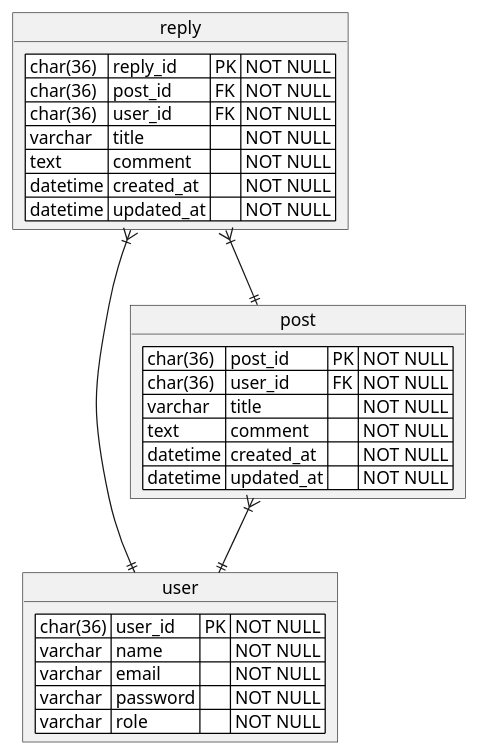
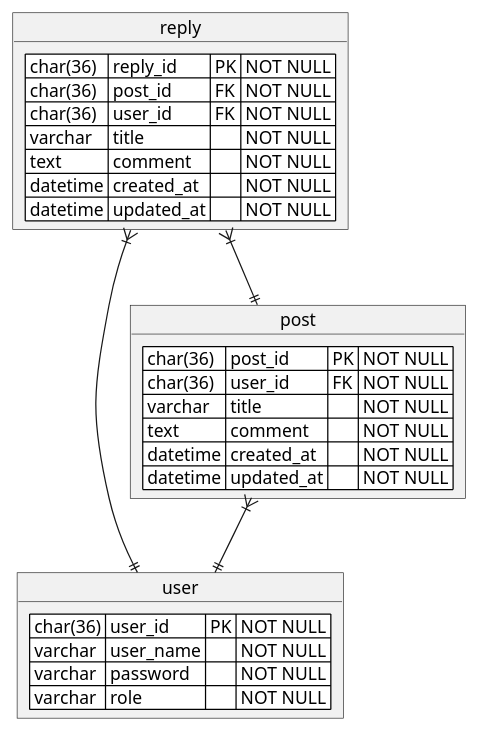
The diagram in database/erd.puml (vol4-Team22/Docs), drawn with PlantUML before and after one commit. The commit also changed 2 other files, not shown here.

```diff
--- a/database/erd.puml
+++ b/database/erd.puml
@@ -1,36 +1,35 @@
 @startuml
 
 object user {
 <#white>| char(36) | user_id | PK | NOT NULL |
-<#white>| varchar | name | | NOT NULL |
-<#white>| varchar | email |  | NOT NULL |
+<#white>| varchar | user_name | | NOT NULL |
 <#white>| varchar | password |  | NOT NULL |
 <#white>| varchar | role |  | NOT NULL |
 }
 
 object post {
 <#white>| char(36) | post_id | PK | NOT NULL |
 <#white>| char(36) | user_id | FK | NOT NULL |
 <#white>| varchar | title |  | NOT NULL |
 <#white>| text | comment |  | NOT NULL |
 <#white>| datetime | created_at |  | NOT NULL |
 <#white>| datetime | updated_at |  | NOT NULL |
 }
 
 object reply {
 <#white>| char(36) | reply_id | PK | NOT NULL |
 <#white>| char(36) | post_id | FK | NOT NULL |
 <#white>| char(36) | user_id | FK | NOT NULL |
 <#white>| varchar | title |  | NOT NULL |
 <#white>| text | comment |  | NOT NULL |
 <#white>| datetime | created_at |  | NOT NULL |
 <#white>| datetime | updated_at |  | NOT NULL |
 }
 
 post }|--|| user
 reply }|--|| post
 reply }|--|| user
 
 
 
 @enduml
```
